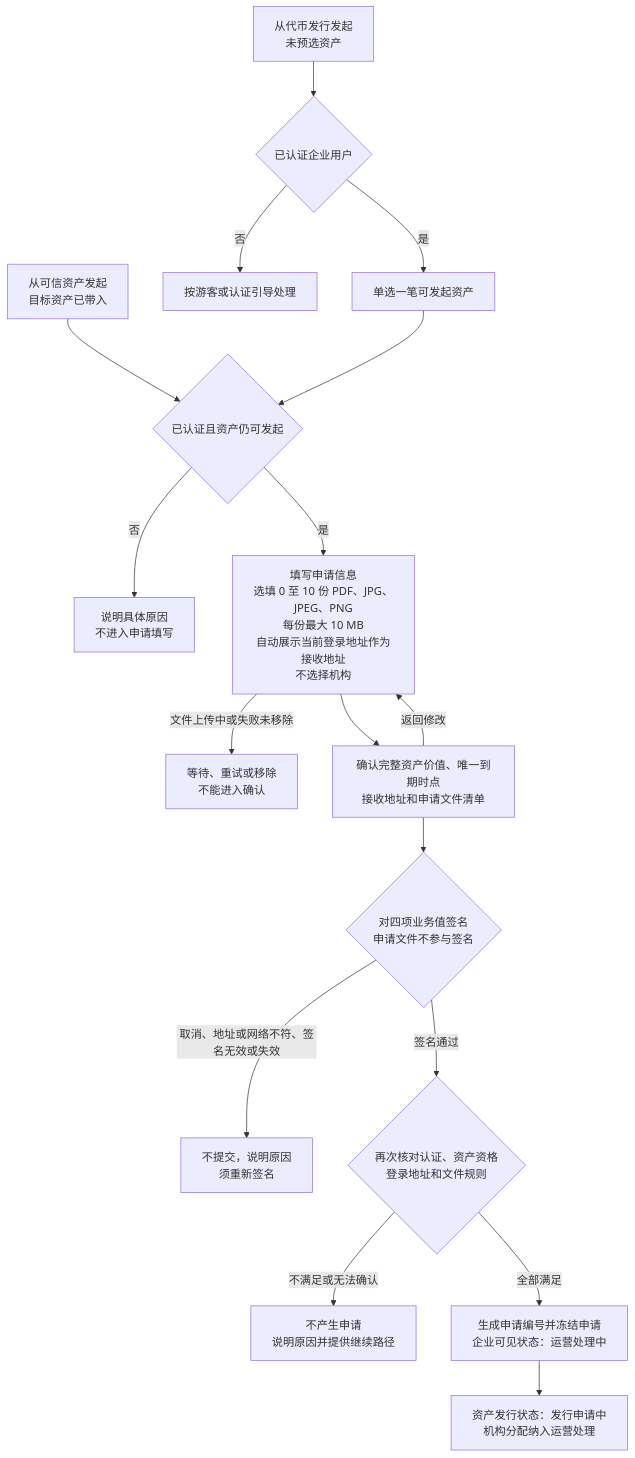
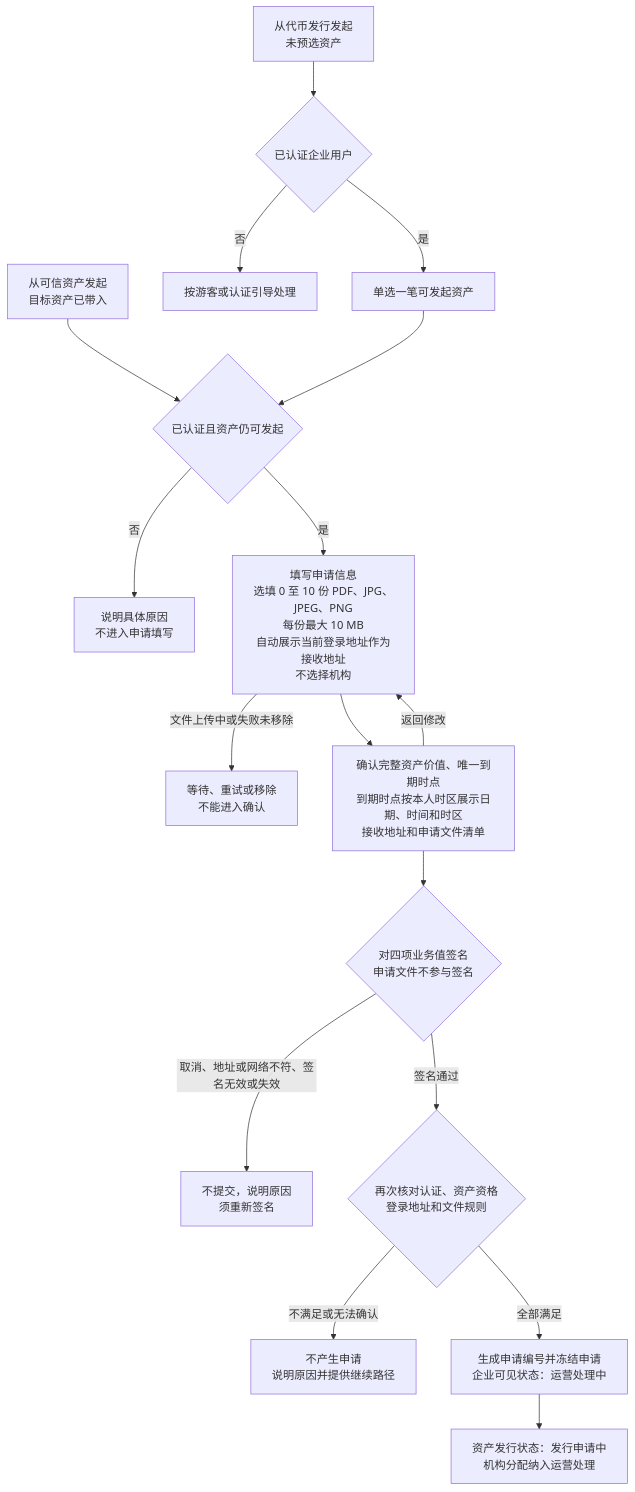
Before and after one commit to wxblockchain/Chain-Financing: the first of 3 diagrams in token-issuance-platform/PRD/面客端/M3a-代币发行-企业申请/02-代币发行-企业申请-流程图与状态机.md, drawn with Mermaid. The commit also changed other lines of this file and 35 other files, not shown here.

````diff
--- a/token-issuance-platform/PRD/面客端/M3a-代币发行-企业申请/02-代币发行-企业申请-流程图与状态机.md
+++ b/token-issuance-platform/PRD/面客端/M3a-代币发行-企业申请/02-代币发行-企业申请-流程图与状态机.md
@@ -16,19 +16,19 @@
 ```mermaid
 flowchart TD
     A1[从可信资产发起<br/>目标资产已带入] --> B{已认证且资产仍可发起}
     A2[从代币发行发起<br/>未预选资产] --> C{已认证企业用户}
     C -->|否| C1[按游客或认证引导处理]
     C -->|是| D[单选一笔可发起资产]
     D --> B
     B -->|否| B1[说明具体原因<br/>不进入申请填写]
     B -->|是| E[填写申请信息<br/>选填 0 至 10 份 PDF、JPG、JPEG、PNG<br/>每份最大 10 MB<br/>自动展示当前登录地址作为接收地址<br/>不选择机构]
     E -->|文件上传中或失败未移除| E1[等待、重试或移除<br/>不能进入确认]
-    E --> F[确认完整资产价值、唯一到期时点<br/>接收地址和申请文件清单]
+    E --> F[确认完整资产价值、唯一到期时点<br/>到期时点按本人时区展示日期、时间和时区<br/>接收地址和申请文件清单]
     F -->|返回修改| E
     F --> G{对四项业务值签名<br/>申请文件不参与签名}
     G -->|取消、地址或网络不符、签名无效或失效| G1[不提交，说明原因<br/>须重新签名]
     G -->|签名通过| H{再次核对认证、资产资格<br/>登录地址和文件规则}
     H -->|不满足或无法确认| H1[不产生申请<br/>说明原因并提供继续路径]
     H -->|全部满足| I[生成申请编号并冻结申请<br/>企业可见状态：运营处理中]
     I --> J[资产发行状态：发行申请中<br/>机构分配纳入运营处理]
 ```
````
